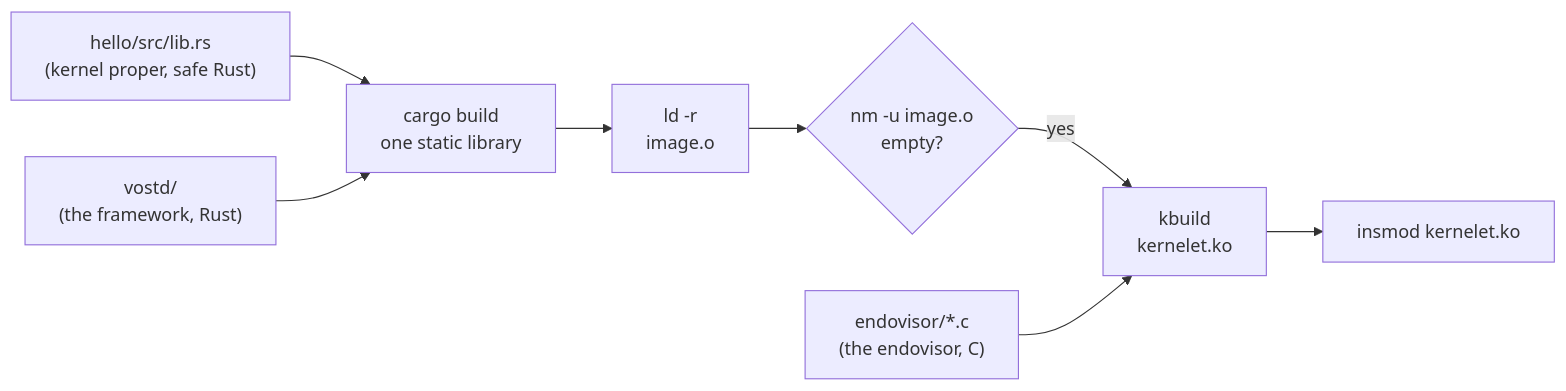
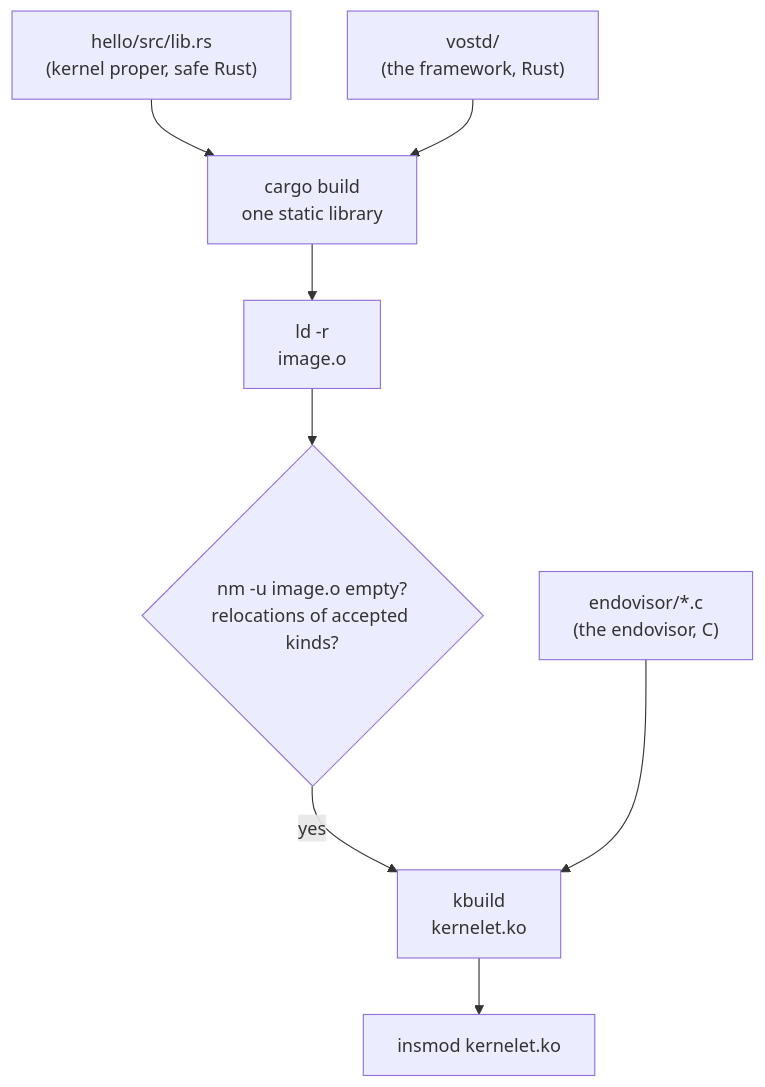
The diagram in src/what-a-kernelet-is-made-of.md (Plucky923/kernelet), drawn with Mermaid before and after one commit. The commit also changed other lines of this file and 33 other files, not shown here.

````diff
--- a/src/what-a-kernelet-is-made-of.md
+++ b/src/what-a-kernelet-is-made-of.md
@@ -15,10 +15,10 @@
 ```mermaid
-flowchart LR
+flowchart TB
     hello["hello/src/lib.rs<br/>(kernel proper, safe Rust)"] --> cargo
     vostd["vostd/<br/>(the framework, Rust)"] --> cargo
     cargo["cargo build<br/>one static library"] --> ld["ld -r<br/>image.o"]
-    ld --> check{"nm -u image.o<br/>empty?"}
+    ld --> check{"nm -u image.o empty?<br/>relocations of accepted kinds?"}
     check -- yes --> kbuild["kbuild<br/>kernelet.ko"]
     endo["endovisor/*.c<br/>(the endovisor, C)"] --> kbuild
     kbuild --> insmod["insmod kernelet.ko"]
 ```
````
